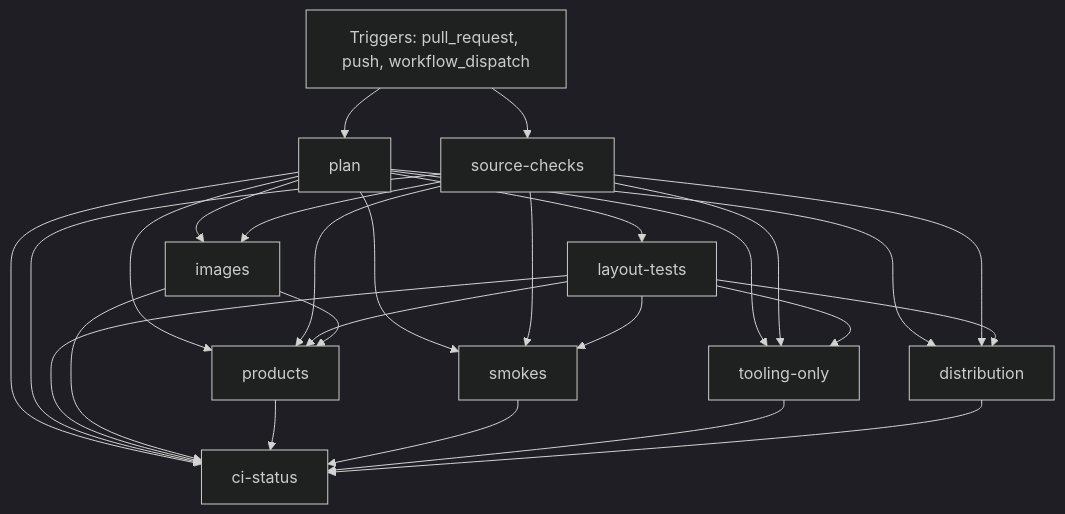
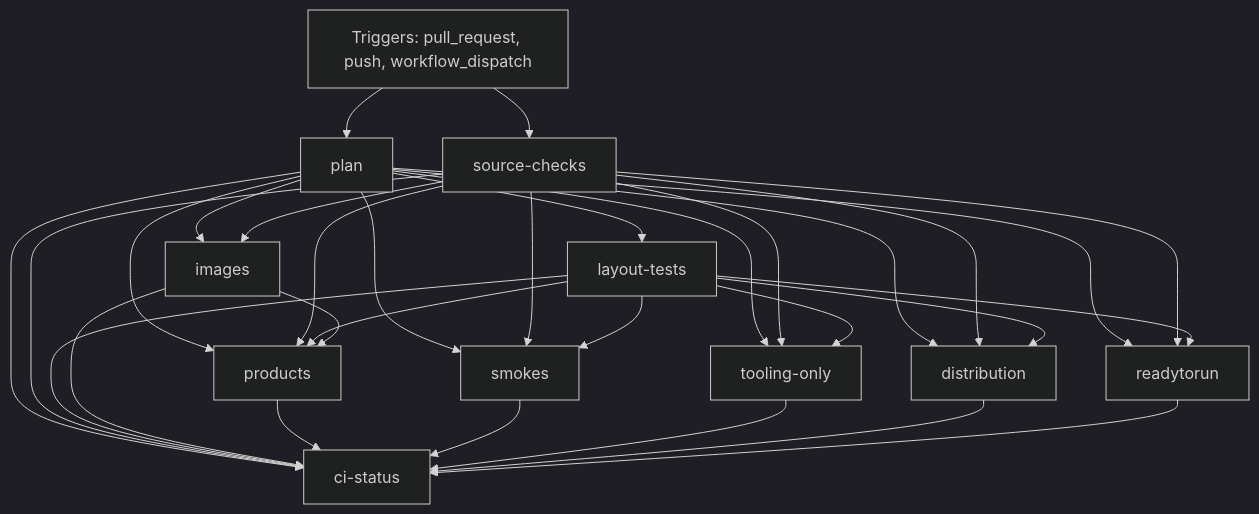
Before and after one commit to FrenchExDev2/QuietCli.PoSh: the diagram in docs/ci/github/script-companions-ci.md, drawn with Mermaid (dark theme). The commit also changed other lines of this file and 94 other files, not shown here.

```diff
--- a/docs/ci/github/script-companions-ci.md
+++ b/docs/ci/github/script-companions-ci.md
@@ -43,39 +43,44 @@
 ~~~mermaid
 flowchart TD
     event["Triggers: pull_request, push, workflow_dispatch"]
     job_ci_status["ci-status"]
     job_distribution["distribution"]
     job_images["images"]
     job_layout_tests["layout-tests"]
     job_plan["plan"]
     job_products["products"]
+    job_readytorun["readytorun"]
     job_smokes["smokes"]
     job_source_checks["source-checks"]
     job_tooling_only["tooling-only"]
     job_plan --> job_ci_status
     job_source_checks --> job_ci_status
     job_layout_tests --> job_ci_status
     job_images --> job_ci_status
     job_products --> job_ci_status
     job_smokes --> job_ci_status
     job_tooling_only --> job_ci_status
     job_distribution --> job_ci_status
+    job_readytorun --> job_ci_status
     job_plan --> job_distribution
     job_source_checks --> job_distribution
     job_layout_tests --> job_distribution
     job_plan --> job_images
     job_source_checks --> job_images
     job_plan --> job_layout_tests
     event --> job_plan
     job_plan --> job_products
     job_source_checks --> job_products
     job_layout_tests --> job_products
     job_images --> job_products
+    job_plan --> job_readytorun
+    job_source_checks --> job_readytorun
+    job_layout_tests --> job_readytorun
     job_plan --> job_smokes
     job_source_checks --> job_smokes
     job_layout_tests --> job_smokes
     event --> job_source_checks
     job_plan --> job_tooling_only
     job_source_checks --> job_tooling_only
     job_layout_tests --> job_tooling_only
 ~~~
```
